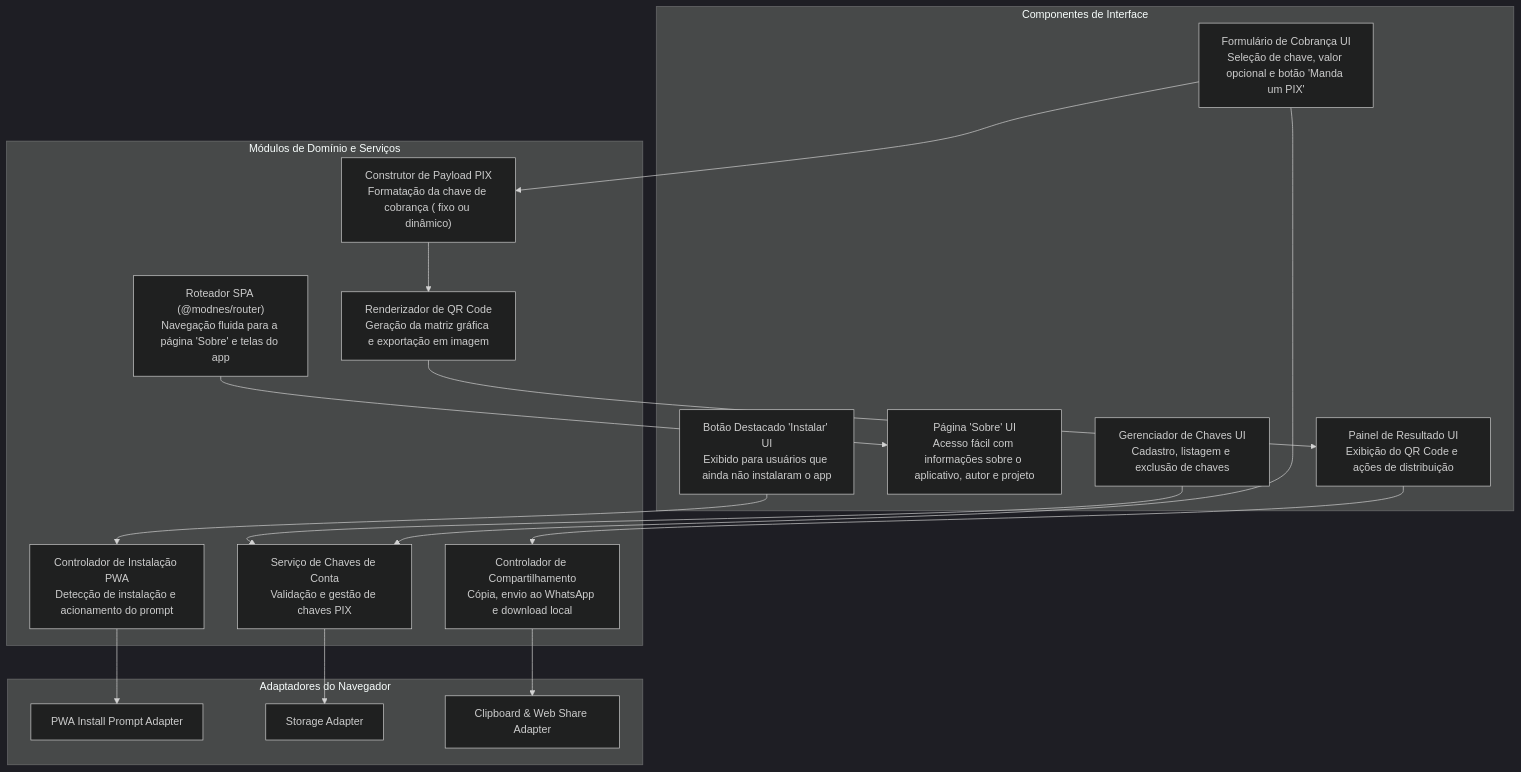
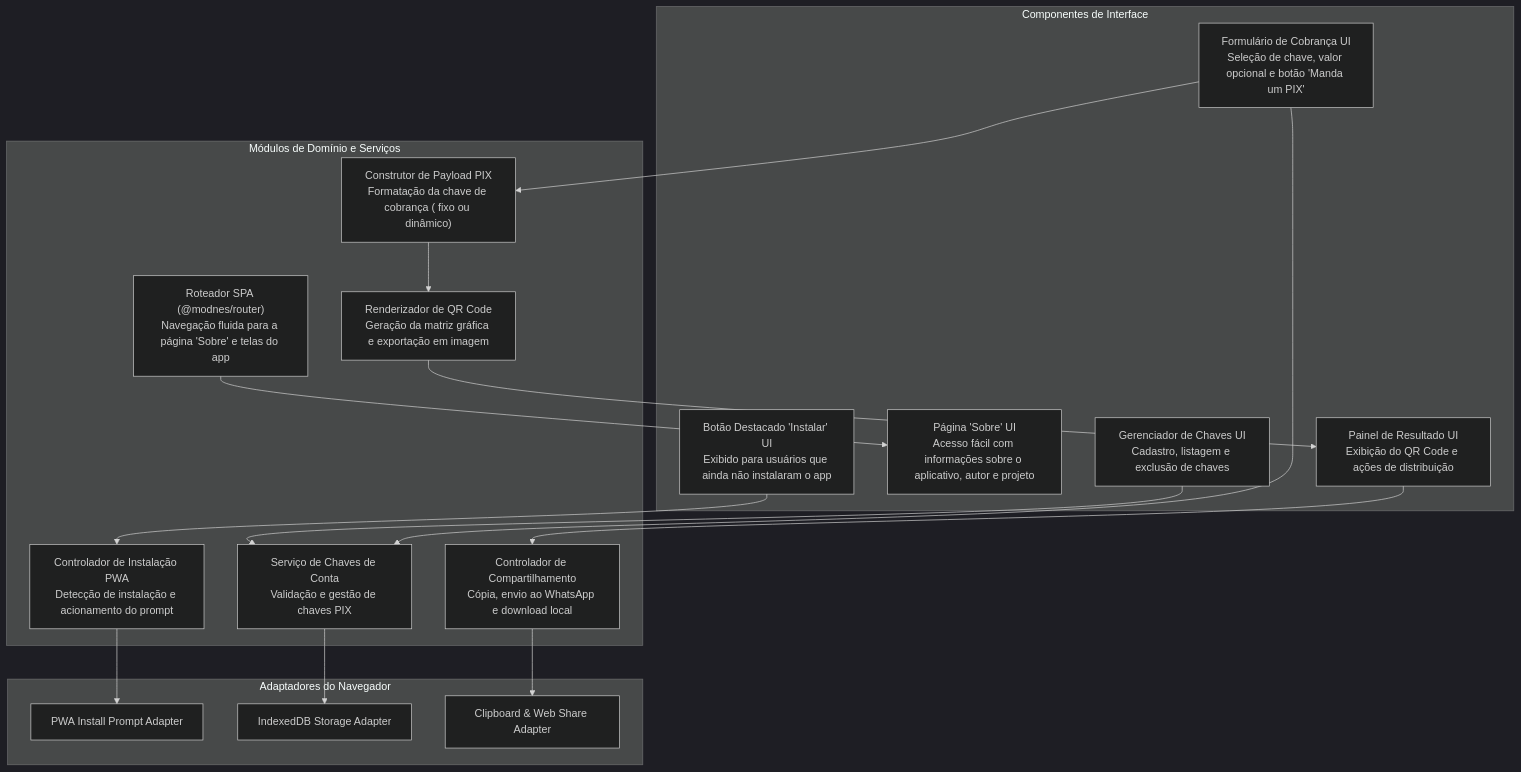
The third of 3 diagrams in docs/architecture/c4_models.md (luizcanet/mandaumpix.app), drawn with Mermaid (dark theme) before and after one commit. The commit also changed other lines of this file and 13 other files, not shown here.

Commit message:
docs: update changelog and architecture documentation for local persistence and updates

````diff
--- a/docs/architecture/c4_models.md
+++ b/docs/architecture/c4_models.md
@@ -68,37 +68,37 @@
 ```mermaid
 flowchart TD
     subgraph UI["Componentes de Interface"]
         InstallPromptUI["Botão Destacado 'Instalar' UI<br/>Exibido para usuários que ainda não instalaram o app"]
         AboutPageUI["Página 'Sobre' UI<br/>Acesso fácil com informações sobre o aplicativo, autor e projeto"]
         KeyManagerUI["Gerenciador de Chaves UI<br/>Cadastro, listagem e exclusão de chaves"]
         ChargeFormUI["Formulário de Cobrança UI<br/>Seleção de chave, valor opcional e botão 'Manda um PIX'"]
         ResultViewUI["Painel de Resultado UI<br/>Exibição do QR Code e ações de distribuição"]
     end
 
     subgraph Core["Módulos de Domínio e Serviços"]
         InstallController["Controlador de Instalação PWA<br/>Detecção de instalação e acionamento do prompt"]
         AppRouter["Roteador SPA (@modnes/router)<br/>Navegação fluida para a página 'Sobre' e telas do app"]
         KeyService["Serviço de Chaves de Conta<br/>Validação e gestão de chaves PIX"]
         PixPayloadBuilder["Construtor de Payload PIX<br/>Formatação da chave de cobrança ( fixo ou dinâmico)"]
         QRCodeRenderer["Renderizador de QR Code<br/>Geração da matriz gráfica e exportação em imagem"]
         ShareController["Controlador de Compartilhamento<br/>Cópia, envio ao WhatsApp e download local"]
     end
 
     subgraph Adapters["Adaptadores do Navegador"]
         InstallAdapter["PWA Install Prompt Adapter"]
-        StorageAdapter["Storage Adapter"]
+        StorageAdapter["IndexedDB Storage Adapter"]
         BrowserShareAdapter["Clipboard & Web Share Adapter"]
     end
 
     InstallPromptUI --> InstallController
     InstallController --> InstallAdapter
     AppRouter --> AboutPageUI
     KeyManagerUI --> KeyService
     ChargeFormUI --> KeyService
     ChargeFormUI --> PixPayloadBuilder
     PixPayloadBuilder --> QRCodeRenderer
     QRCodeRenderer --> ResultViewUI
     ResultViewUI --> ShareController
     KeyService --> StorageAdapter
     ShareController --> BrowserShareAdapter
 ```
````
